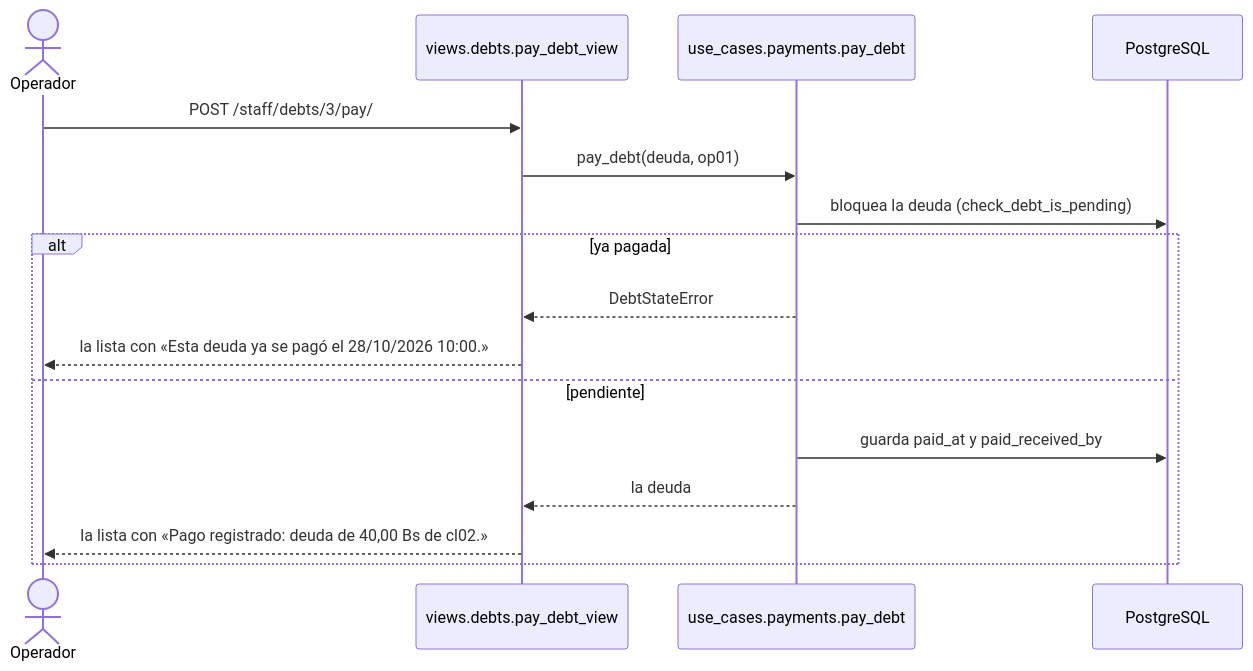
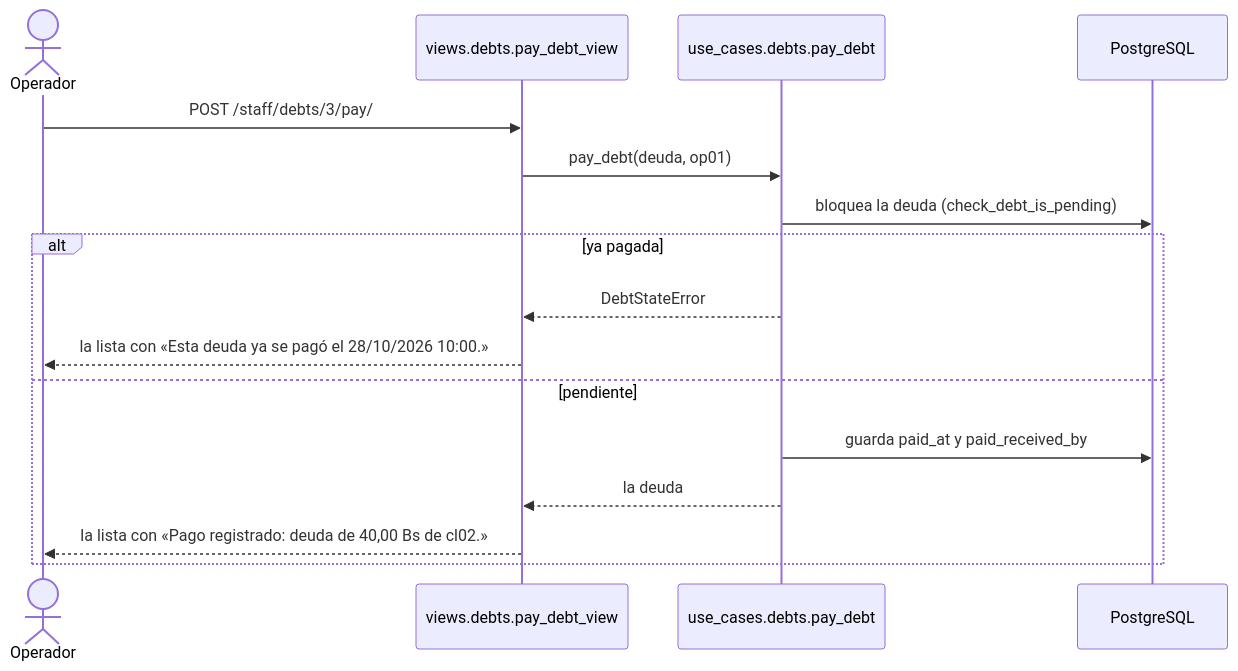
Before and after one commit to peterteranb/astra-rent-system: diagram 22 of 38 in docs/casos-de-uso.md, drawn with Mermaid. The commit also changed other lines of this file and 30 other files, not shown here.

````diff
--- a/docs/casos-de-uso.md
+++ b/docs/casos-de-uso.md
@@ -810,18 +810,18 @@
 ```mermaid
 sequenceDiagram
     actor O as Operador
     participant V as views.debts.pay_debt_view
-    participant U as use_cases.payments.pay_debt
+    participant U as use_cases.debts.pay_debt
     participant BD as PostgreSQL
     O->>V: POST /staff/debts/3/pay/
     V->>U: pay_debt(deuda, op01)
     U->>BD: bloquea la deuda (check_debt_is_pending)
     alt ya pagada
         U-->>V: DebtStateError
         V-->>O: la lista con «Esta deuda ya se pagó el 28/10/2026 10:00.»
     else pendiente
         U->>BD: guarda paid_at y paid_received_by
         U-->>V: la deuda
         V-->>O: la lista con «Pago registrado: deuda de 40,00 Bs de cl02.»
     end
 ```
````
